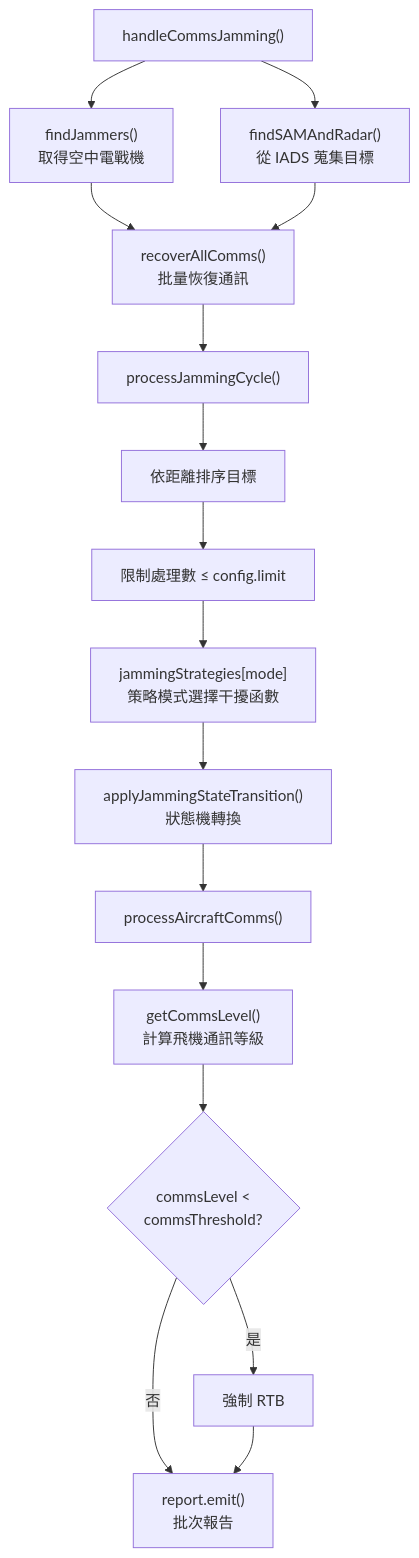
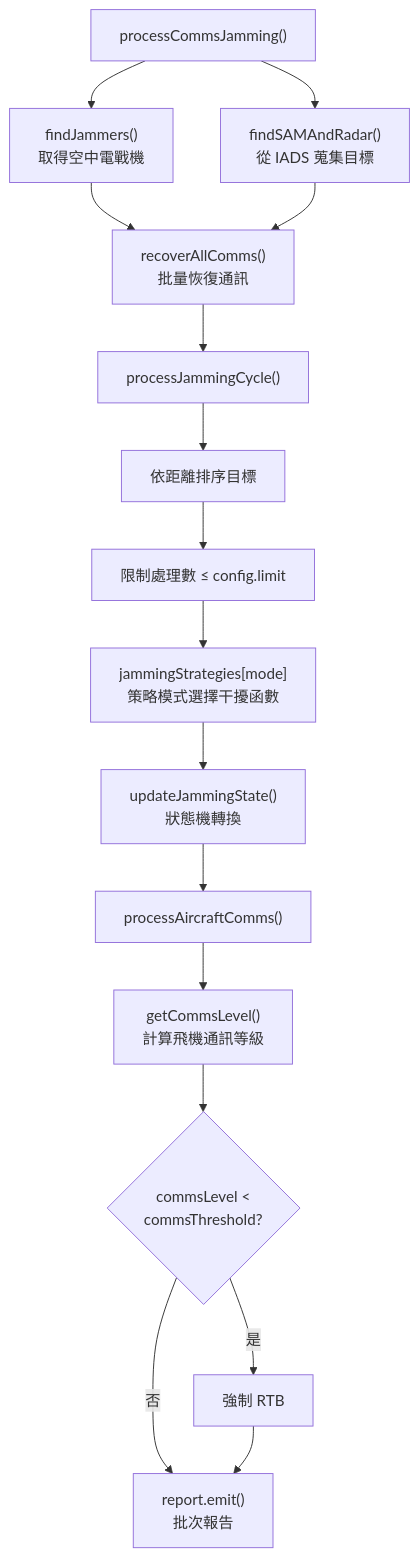
The second of 2 diagrams in docs/ew/commsJamming.md (pullupjumper/formosa-in-flames), drawn with Mermaid before and after one commit. The commit also changed other lines of this file and 93 other files, not shown here.

````diff
--- a/docs/ew/commsJamming.md
+++ b/docs/ew/commsJamming.md
@@ -83,33 +83,33 @@
 ```mermaid
 flowchart TD
-    START["handleCommsJamming()"]
+    START["processCommsJamming()"]
     FIND_J["findJammers()<br>取得空中電戰機"]
     FIND_T["findSAMAndRadar()<br>從 IADS 蒐集目標"]
     RECOVER["recoverAllComms()<br>批量恢復通訊"]
     CYCLE["processJammingCycle()"]
     SORT["依距離排序目標"]
     LIMIT["限制處理數 ≤ config.limit"]
     STRATEGY["jammingStrategies[mode]<br>策略模式選擇干擾函數"]
-    STATE["applyJammingStateTransition()<br>狀態機轉換"]
+    STATE["updateJammingState()<br>狀態機轉換"]
     AIRCRAFT["processAircraftComms()"]
     LEVEL["getCommsLevel()<br>計算飛機通訊等級"]
     RTB{"commsLevel <<br>commsThreshold?"}
     FORCE_RTB["強制 RTB"]
     LOG["report.emit()<br>批次報告"]
 
     START --> FIND_J
     START --> FIND_T
     FIND_J --> RECOVER
     FIND_T --> RECOVER
     RECOVER --> CYCLE
     CYCLE --> SORT
     SORT --> LIMIT
     LIMIT --> STRATEGY
     STRATEGY --> STATE
     STATE --> AIRCRAFT
     AIRCRAFT --> LEVEL
     LEVEL --> RTB
     RTB -->|是| FORCE_RTB
     RTB -->|否| LOG
     FORCE_RTB --> LOG
 ```
````
